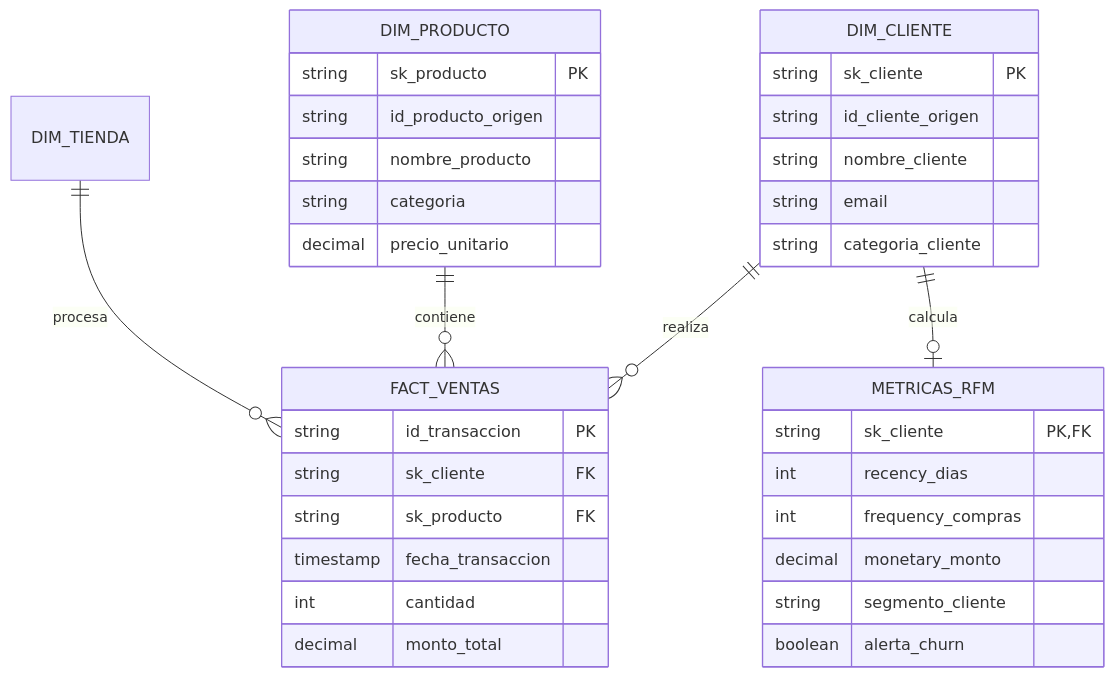
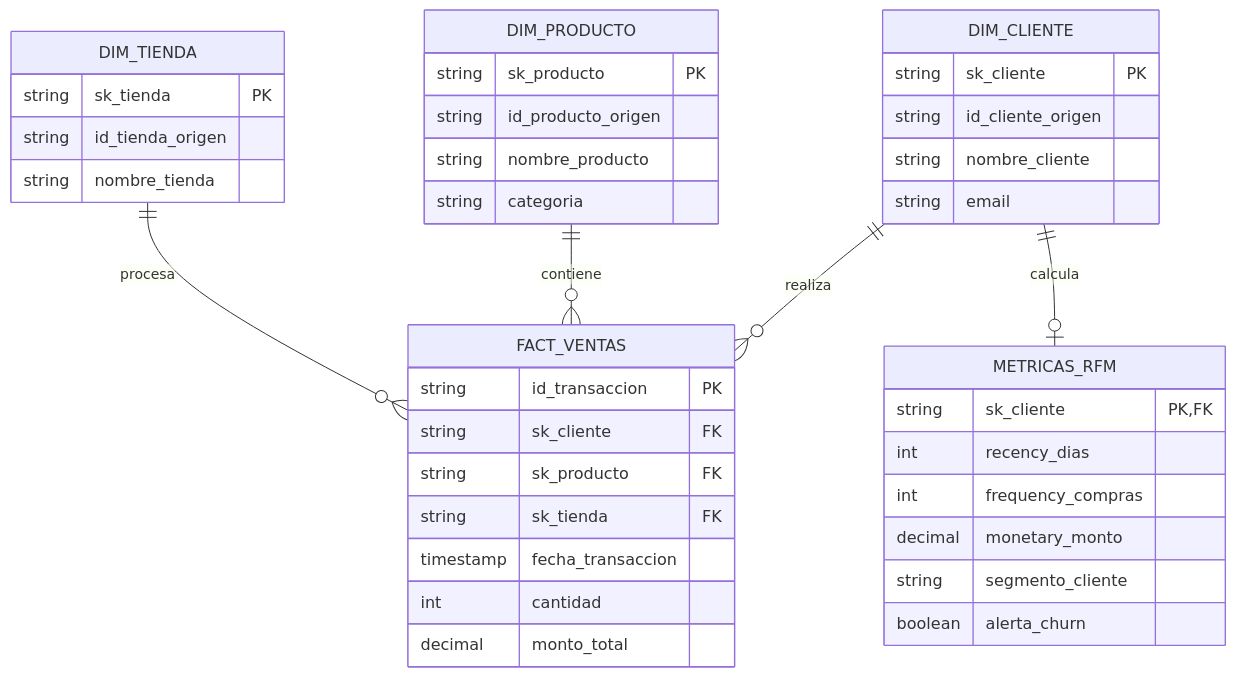
Before and after one commit to Chespedes/Mi-prueba-DN-Retail-Max: the second of 2 diagrams in docs/README.md, drawn with Mermaid. The commit also changed other lines of this file, not shown here.

````diff
--- a/docs/README.md
+++ b/docs/README.md
@@ -7,41 +64,42 @@
 ```mermaid
 erDiagram
     DIM_CLIENTE ||--o{ FACT_VENTAS : realiza
     DIM_PRODUCTO ||--o{ FACT_VENTAS : contiene
     DIM_TIENDA ||--o{ FACT_VENTAS : procesa
     DIM_CLIENTE ||--o| METRICAS_RFM : calcula
 
     DIM_CLIENTE {
         string sk_cliente PK
         string id_cliente_origen
         string nombre_cliente
         string email
-        string categoria_cliente
     }
-
     DIM_PRODUCTO {
         string sk_producto PK
         string id_producto_origen
         string nombre_producto
         string categoria
-        decimal precio_unitario
     }
-
+    DIM_TIENDA {
+        string sk_tienda PK
+        string id_tienda_origen
+        string nombre_tienda
+    }
     FACT_VENTAS {
         string id_transaccion PK
         string sk_cliente FK
         string sk_producto FK
+        string sk_tienda FK
         timestamp fecha_transaccion
         int cantidad
         decimal monto_total
     }
-
     METRICAS_RFM {
         string sk_cliente PK, FK
         int recency_dias
         int frequency_compras
         decimal monetary_monto
         string segmento_cliente
         boolean alerta_churn
     }
 ```
````
